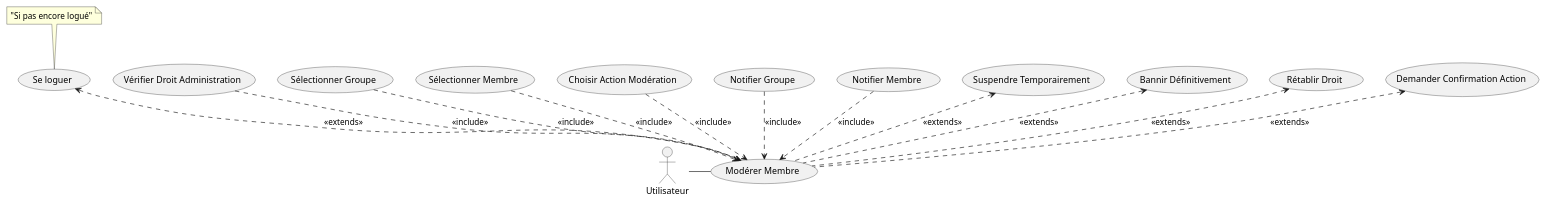
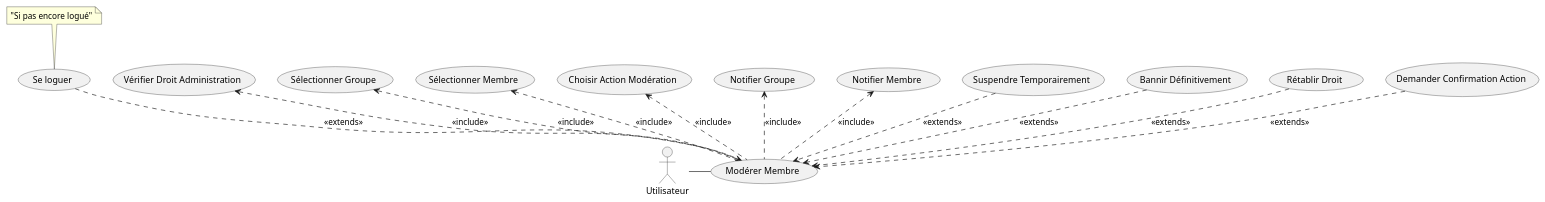
The diagram in docs/use_cases/ModererMembre.puml (clementfvrl/projet_linux), drawn with PlantUML before and after one commit. The commit also changed 10 other files, not shown here.

```diff
--- a/docs/use_cases/ModererMembre.puml
+++ b/docs/use_cases/ModererMembre.puml
@@ -1,18 +1,18 @@
 @startuml
 actor Utilisateur as User
 top to bottom direction
 usecase (Modérer Membre) as create
 :User: -right- create
-(Se loguer) <.. create : << extends >> 
+(Se loguer) ..> create : << extends >> 
 note top of  (Se loguer) : "Si pas encore logué"
-(Vérifier Droit Administration) ..> create : <<include >>
-(Sélectionner Groupe) ..> create : <<include >>
-(Sélectionner Membre) ..> create : << include >>
-(Choisir Action Modération) ..> create : <<include >>
-(Notifier Groupe) ..> create : << include >>
-(Notifier Membre) ..> create : << include >>
-(Suspendre Temporairement) <.. create : << extends >>
-(Bannir Définitivement) <.. create : << extends >>
-(Rétablir Droit) <.. create : << extends >>
-(Demander Confirmation Action) <.. create : << extends >>
+(Vérifier Droit Administration) <.. create : <<include >>
+(Sélectionner Groupe) <.. create : <<include >>
+(Sélectionner Membre) <.. create : << include >>
+(Choisir Action Modération) <.. create : <<include >>
+(Notifier Groupe) <.. create : << include >>
+(Notifier Membre) <.. create : << include >>
+(Suspendre Temporairement) ..> create : << extends >>
+(Bannir Définitivement) ..> create : << extends >>
+(Rétablir Droit) ..> create : << extends >>
+(Demander Confirmation Action) ..> create : << extends >>
 @enduml
```
